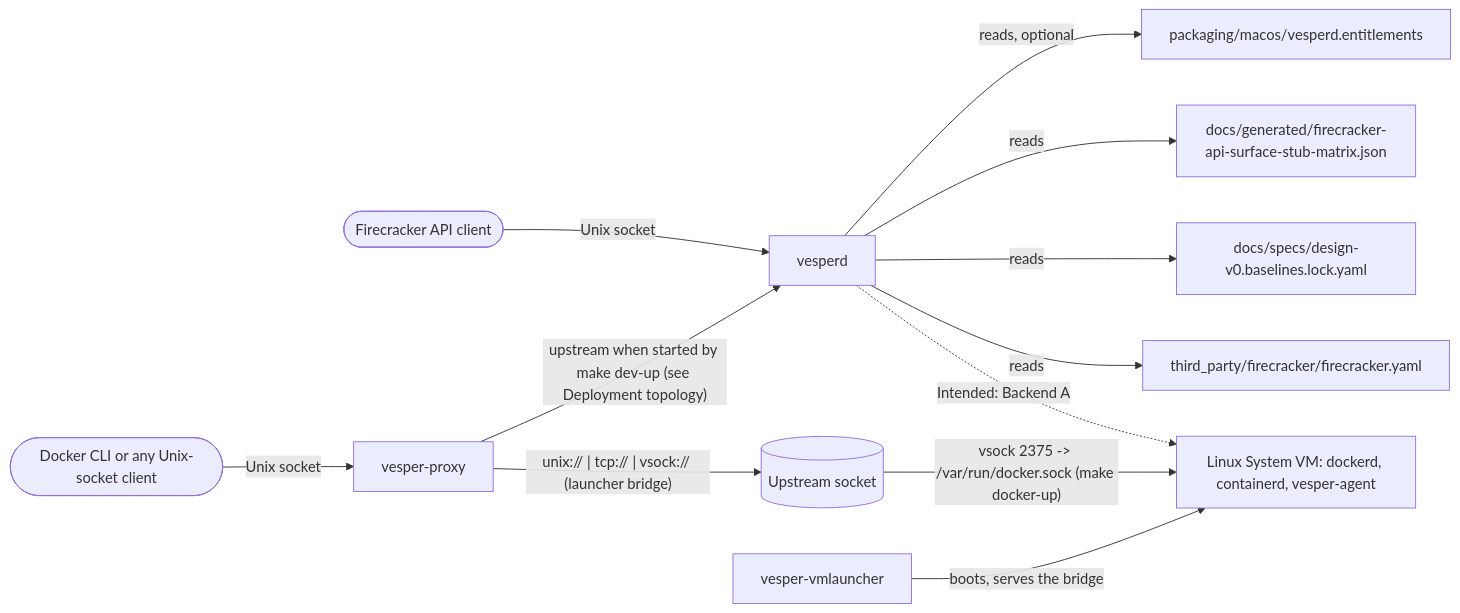
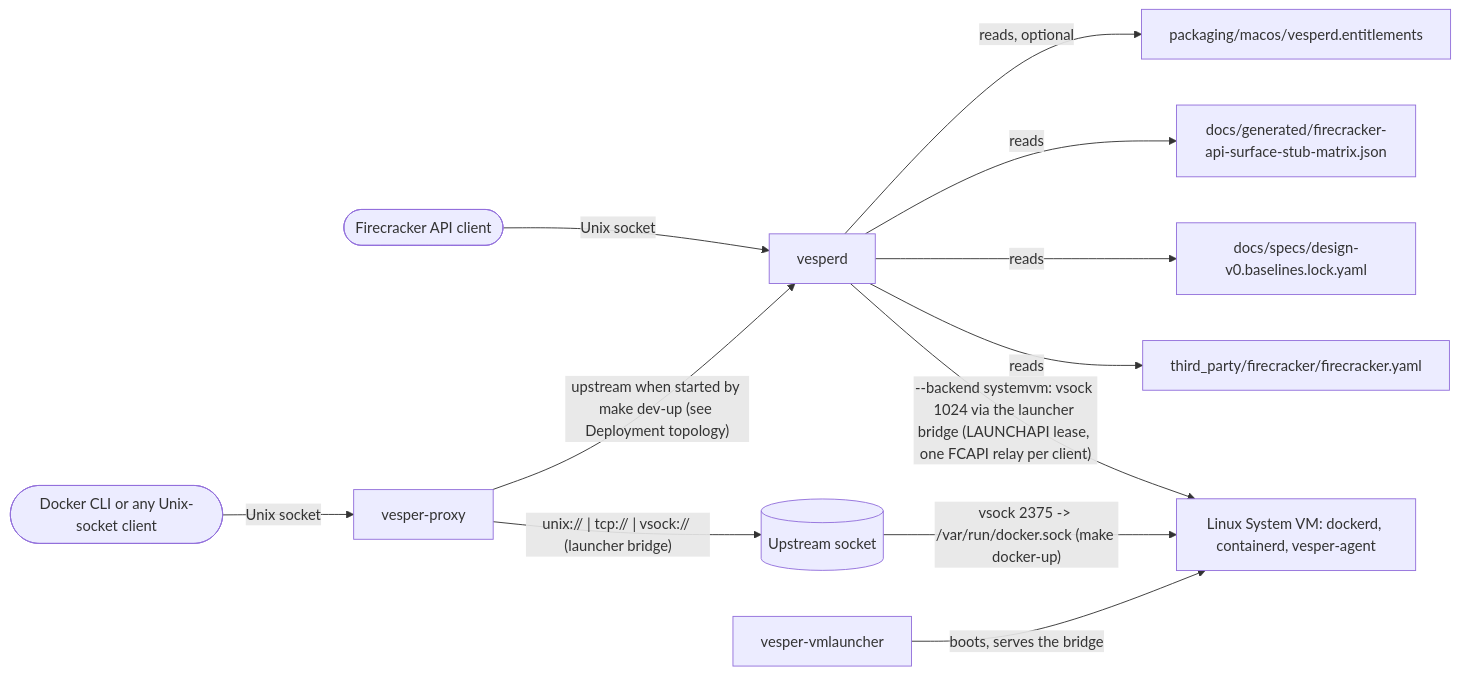
Before and after one commit to cityhunteur/vesper: the first of 4 diagrams in ARCHITECTURE.md, drawn with Mermaid. The commit also changed other lines of this file and 25 other files, not shown here.

First line of the commit message:
feat(vesperd): --backend systemvm relays the API to a jailed Firecracker (ADR 0007 slice 4) (#177)

````diff
--- a/ARCHITECTURE.md
+++ b/ARCHITECTURE.md
@@ -54,14 +58,14 @@
 ```mermaid
 flowchart LR
   client([Firecracker API client]) -- Unix socket --> vesperd[vesperd]
   docker([Docker CLI or any Unix-socket client]) -- Unix socket --> proxy[vesper-proxy]
   proxy -- "unix:// | tcp:// | vsock:// (launcher bridge)" --> upstream[(Upstream socket)]
   proxy -- "upstream when started by make dev-up (see Deployment topology)" --> vesperd
   upstream -- "vsock 2375 -> /var/run/docker.sock (make docker-up)" --> sysvm[Linux System VM: dockerd, containerd, vesper-agent]
   launcher[vesper-vmlauncher] -- boots, serves the bridge --> sysvm
-  vesperd -. Intended: Backend A .-> sysvm
+  vesperd -- "--backend systemvm: vsock 1024 via the launcher bridge (LAUNCHAPI lease, one FCAPI relay per client)" --> sysvm
   vesperd -- reads --> spec[third_party/firecracker/firecracker.yaml]
   vesperd -- reads --> lock[docs/specs/design-v0.baselines.lock.yaml]
   vesperd -- reads --> matrix[docs/generated/firecracker-api-surface-stub-matrix.json]
   vesperd -- "reads, optional" --> ent[packaging/macos/vesperd.entitlements]
 ```
````
